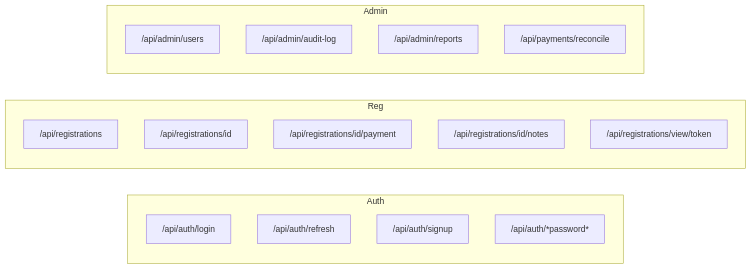
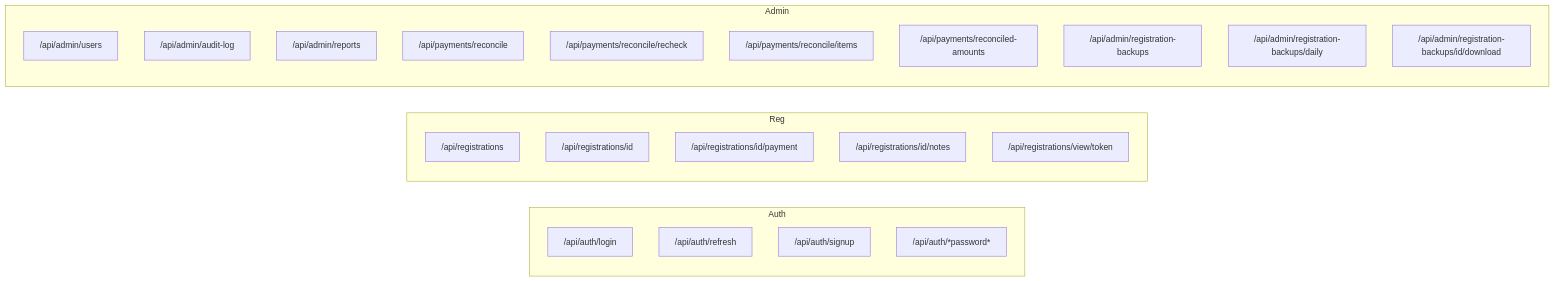
One commit to dotnetmike/CFCA_Registration changed the diagram in docs/architecture/folder-map.md. Above: the diagram before and after it, drawn with Mermaid. The commit also changed other lines of this file and 58 other files, not shown here.

````diff
--- a/docs/architecture/folder-map.md
+++ b/docs/architecture/folder-map.md
@@ -50,22 +51,28 @@
 ```mermaid
 flowchart LR
   subgraph Auth
     A1["/api/auth/login"]
     A2["/api/auth/refresh"]
     A3["/api/auth/signup"]
     A4["/api/auth/*password*"]
   end
   subgraph Reg
     R1["/api/registrations"]
     R2["/api/registrations/id"]
     R3["/api/registrations/id/payment"]
     R4["/api/registrations/id/notes"]
     R5["/api/registrations/view/token"]
   end
   subgraph Admin
     D1["/api/admin/users"]
     D2["/api/admin/audit-log"]
     D3["/api/admin/reports"]
     D4["/api/payments/reconcile"]
+    D5["/api/payments/reconcile/recheck"]
+    D6["/api/payments/reconcile/items"]
+    D10["/api/payments/reconciled-amounts"]
+    D7["/api/admin/registration-backups"]
+    D8["/api/admin/registration-backups/daily"]
+    D9["/api/admin/registration-backups/id/download"]
   end
 ```
````
